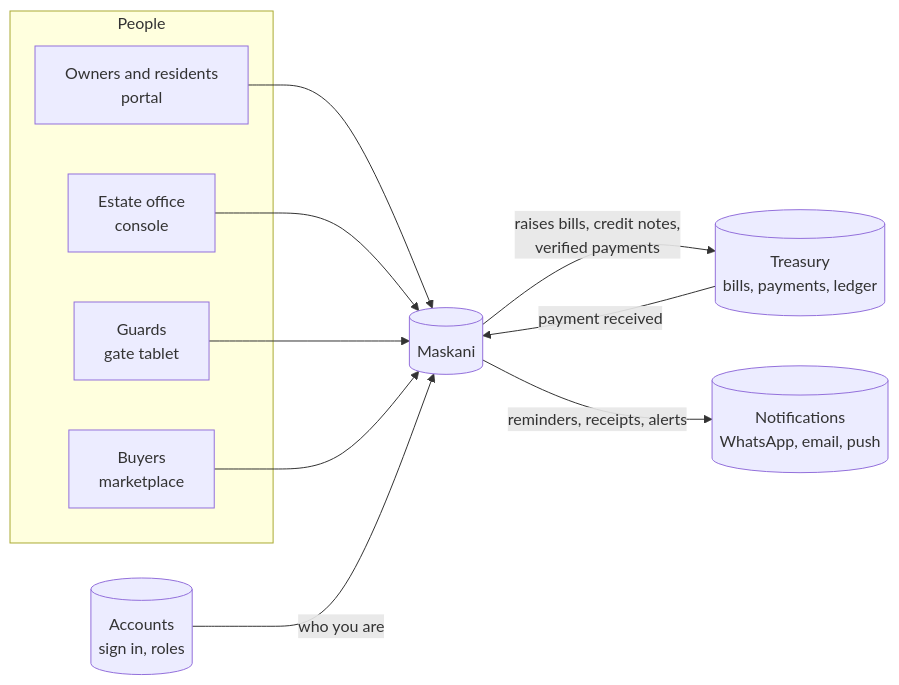
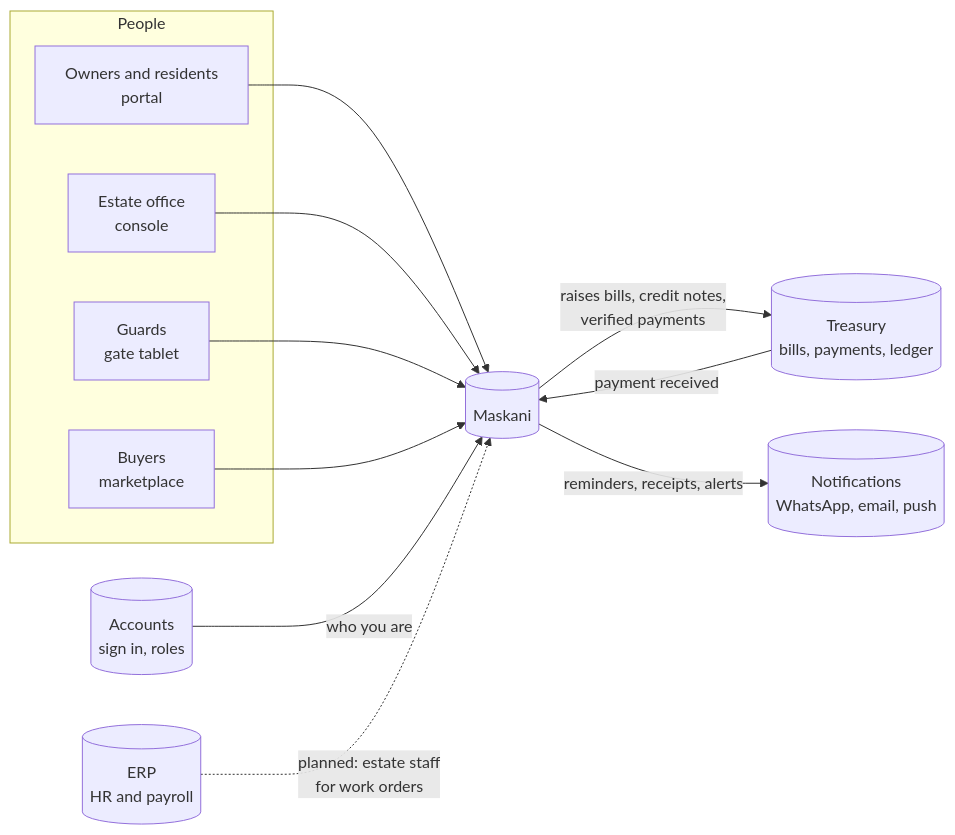
The diagram in docs/user-guide/maskani/index.md (Bengo-Hub/shared-docs), drawn with Mermaid before and after one commit. The commit also changed other lines of this file and 6 other files, not shown here.

First line of the commit message:
Maskani guide: ERP (HR, Payroll) for estate payroll staff; shorter diagrams

````diff
--- a/docs/user-guide/maskani/index.md
+++ b/docs/user-guide/maskani/index.md
@@ -12,21 +12,23 @@
 ```mermaid
 flowchart LR
   subgraph People
     O[Owners and residents<br/>portal]
     S[Estate office<br/>console]
     G[Guards<br/>gate tablet]
     B[Buyers<br/>marketplace]
   end
   M[(Maskani)]
   T[(Treasury<br/>bills, payments, ledger)]
   N[(Notifications<br/>WhatsApp, email, push)]
   A[(Accounts<br/>sign in, roles)]
+  E[(ERP<br/>HR and payroll)]
   O --> M
   S --> M
   G --> M
   B --> M
   M -- raises bills, credit notes,<br/>verified payments --> T
   T -- payment received --> M
   M -- reminders, receipts, alerts --> N
   A -- who you are --> M
+  E -. planned: estate staff<br/>for work orders .-> M
 ```
````
